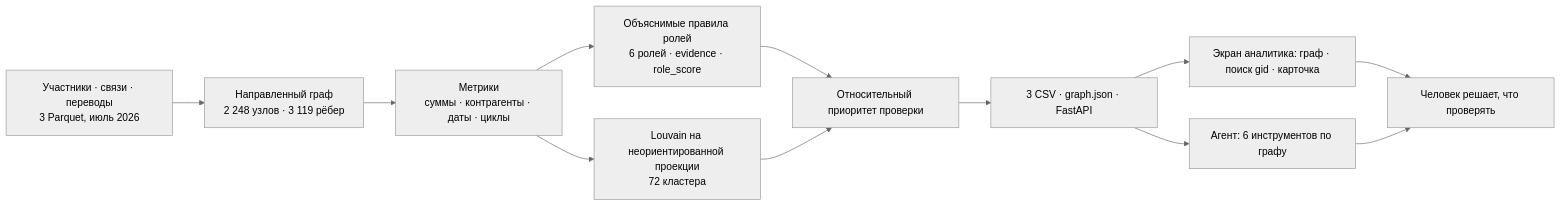
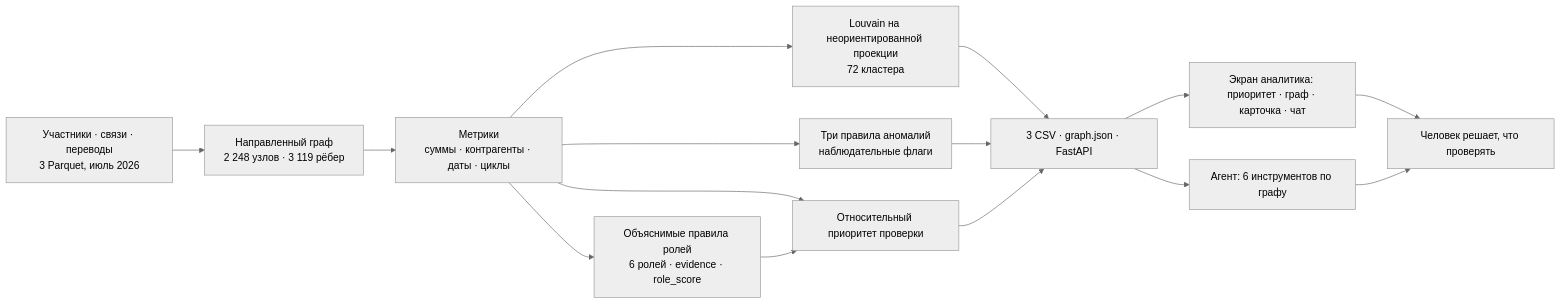
One commit to BAITC-Hacks/hack-b18c30d4-kazhydromet-ai changed the diagram in docs/SCHEME.md. Above: the diagram before and after it, drawn with Mermaid (neutral theme). The commit also changed other lines of this file and 3 other files, not shown here.

````diff
--- a/docs/SCHEME.md
+++ b/docs/SCHEME.md
@@ -3,14 +3,17 @@
 ```mermaid
 flowchart LR
     A[Участники · связи · переводы<br/>3 Parquet, июль 2026] --> B[Направленный граф<br/>2 248 узлов · 3 119 рёбер]
     B --> C[Метрики<br/>суммы · контрагенты · даты · циклы]
     C --> D[Объяснимые правила ролей<br/>6 ролей · evidence · role_score]
     C --> E[Louvain на неориентированной проекции<br/>72 кластера]
-    D --> F[Относительный приоритет проверки]
-    E --> F
-    F --> G[3 CSV · graph.json · FastAPI]
-    G --> H[Экран аналитика: граф · поиск gid · карточка]
+    C --> X[Три правила аномалий<br/>наблюдательные флаги]
+    C --> F[Относительный приоритет проверки]
+    D --> F
+    E --> G[3 CSV · graph.json · FastAPI]
+    X --> G
+    F --> G
+    G --> H[Экран аналитика: приоритет · граф · карточка · чат]
     G --> I[Агент: 6 инструментов по графу]
     H --> J[Человек решает, что проверять]
     I --> J
 ```
````
